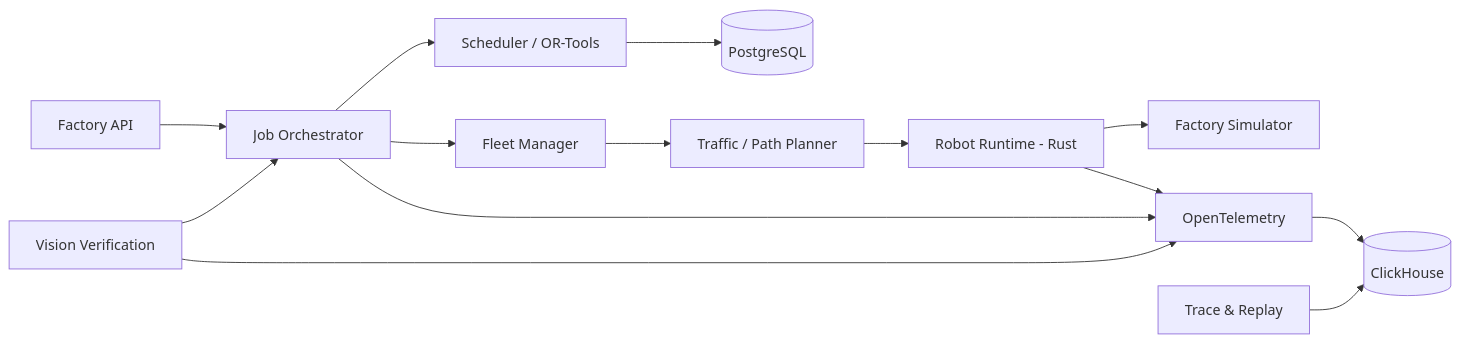
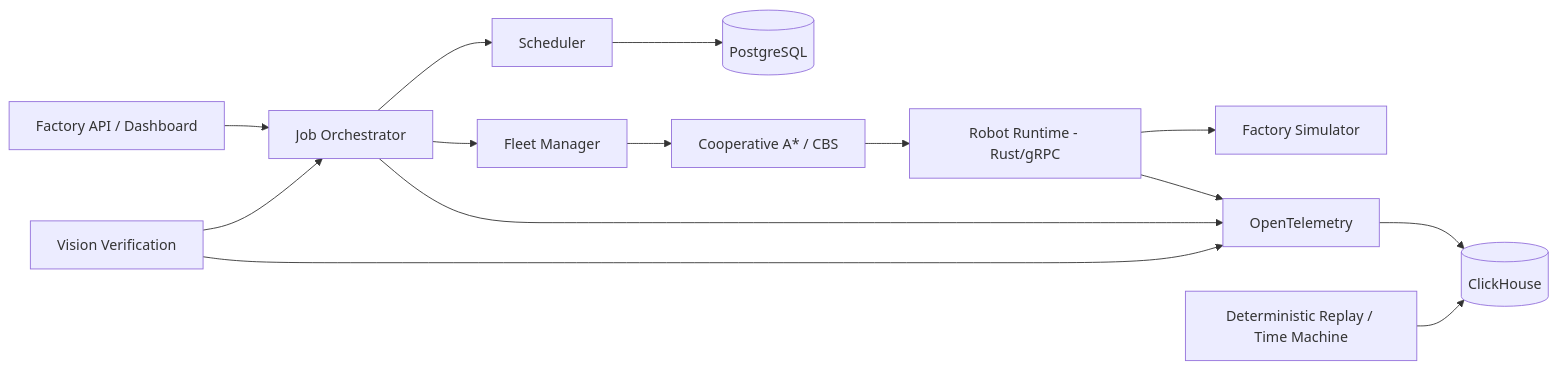
One commit to sri1650/autonomous-microfactory-os changed the diagram in README.md. Above: the diagram before and after it, drawn with Mermaid. The commit also changed other lines of this file and 49 other files, not shown here.

````diff
--- a/README.md
+++ b/README.md
@@ -27,16 +63,16 @@
 ```mermaid
 flowchart LR
-    API[Factory API] --> ORCH[Job Orchestrator]
-    ORCH --> SCH[Scheduler / OR-Tools]
+    API[Factory API / Dashboard] --> ORCH[Job Orchestrator]
+    ORCH --> SCH[Scheduler]
     ORCH --> FLEET[Fleet Manager]
     SCH --> DB[(PostgreSQL)]
-    FLEET --> PLAN[Traffic / Path Planner]
-    PLAN --> RT[Robot Runtime - Rust]
+    FLEET --> PLAN[Cooperative A* / CBS]
+    PLAN --> RT[Robot Runtime - Rust/gRPC]
     RT --> SIM[Factory Simulator]
     VIS[Vision Verification] --> ORCH
     ORCH --> OTEL[OpenTelemetry]
     RT --> OTEL
     VIS --> OTEL
     OTEL --> CH[(ClickHouse)]
-    REPLAY[Trace & Replay] --> CH
+    REPLAY[Deterministic Replay / Time Machine] --> CH
 ```
````
